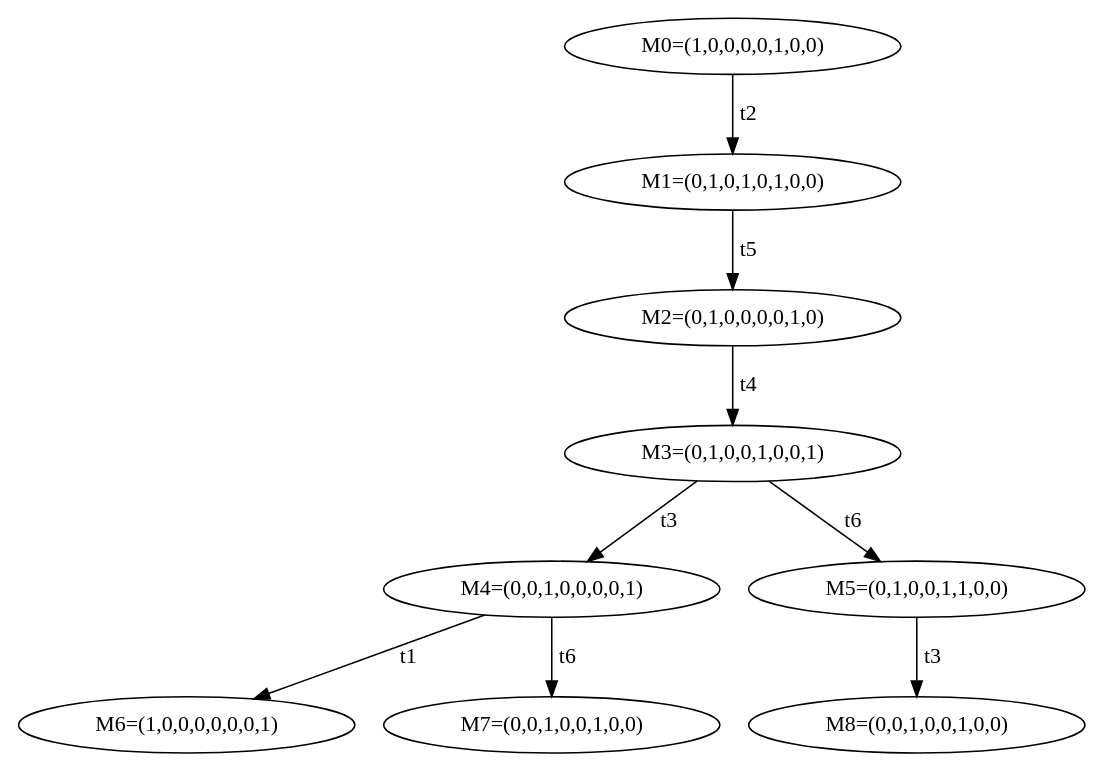
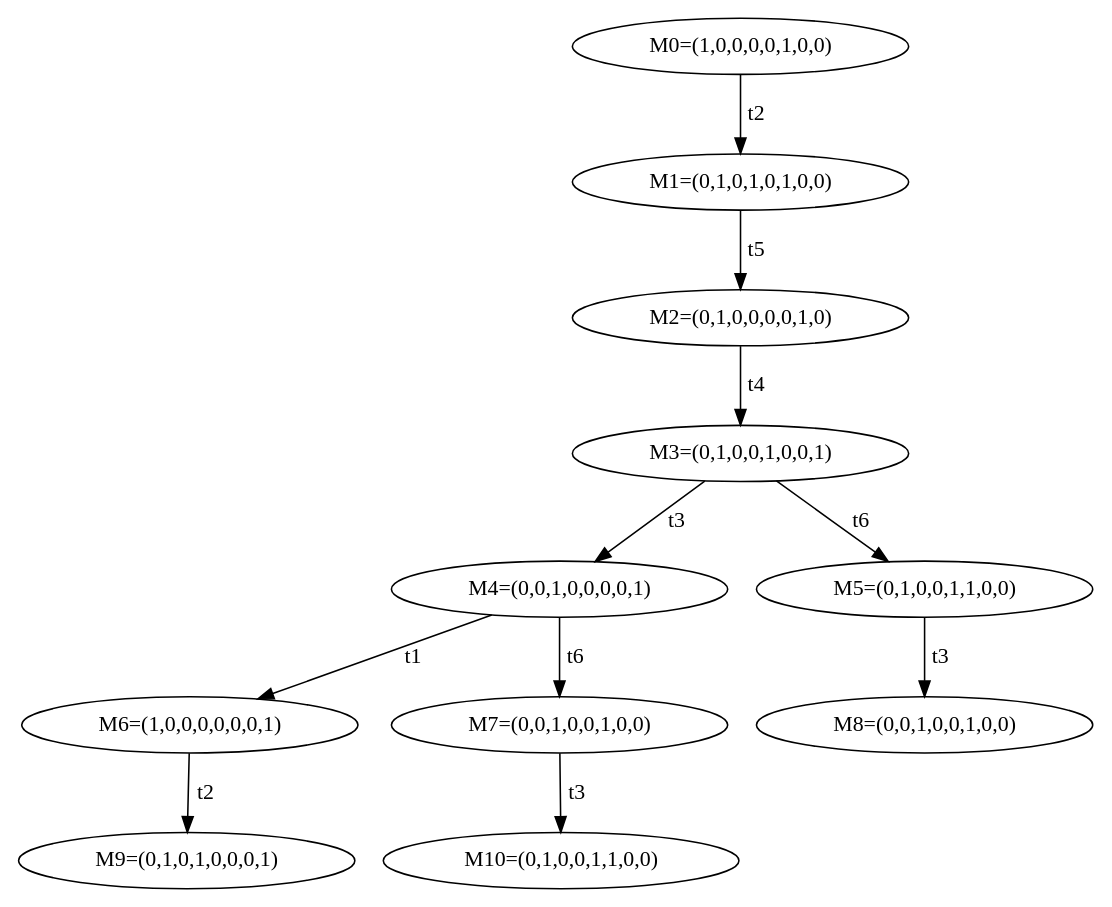
Before and after one commit to eddie-c-davis/cs-advsweng: the diagram in HW1/pn1cov.dot, drawn with Graphviz.

Commit message:
More work on PN1 cov tree.

```diff
--- a/HW1/pn1cov.dot
+++ b/HW1/pn1cov.dot
@@ -1,19 +1,23 @@
 digraph ASTGraph {
 0 [ label="M0=(1,0,0,0,0,1,0,0)" ];
 0 -> 1 [ label=" t2" ];
 1 [ label="M1=(0,1,0,1,0,1,0,0)" ];
 1 -> 2 [ label=" t5" ];
 2 [ label="M2=(0,1,0,0,0,0,1,0)" ];
 2 -> 3 [ label=" t4" ];
 3 [ label="M3=(0,1,0,0,1,0,0,1)" ];
 3 -> 4 [ label=" t3" ];
 4 [ label="M4=(0,0,1,0,0,0,0,1)" ];
 3 -> 5 [ label=" t6" ];
 5 [ label="M5=(0,1,0,0,1,1,0,0)" ];
 4 -> 6 [ label=" t1" ];
 6 [ label="M6=(1,0,0,0,0,0,0,1)" ];
 4 -> 7 [ label=" t6" ];
 7 [ label="M7=(0,0,1,0,0,1,0,0)" ];
 5 -> 8 [ label=" t3" ];
 8 [ label="M8=(0,0,1,0,0,1,0,0)" ];
+6 -> 9 [ label=" t2" ];
+9 [ label="M9=(0,1,0,1,0,0,0,1)" ];
+7 -> 10 [ label=" t3" ];
+10 [ label="M10=(0,1,0,0,1,1,0,0)" ];
 }
```
